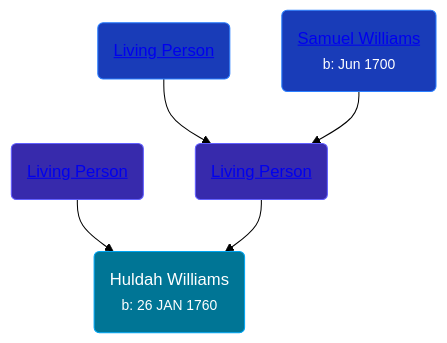
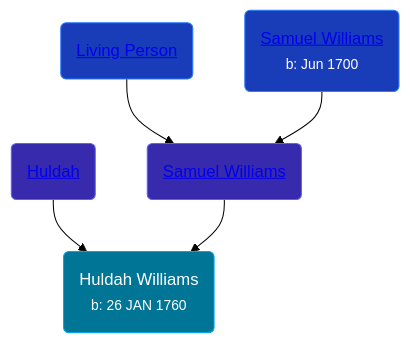
Before and after one commit to wpmgotkh/wpmgotkh.github.io: the diagram in pages/people/2/28699716.md, drawn with Mermaid (forest theme). The commit also changed other lines of this file and 586 other files, not shown here.

Commit message:
feat: better shouldConsiderPersonLiving algo

````diff
--- a/pages/people/2/28699716.md
+++ b/pages/people/2/28699716.md
@@ -10,11 +10,11 @@
 ```mermaid
 graph
 classDef grands fill:#193cb8,stroke:#2b7fff,stroke-width:1px,color:#fff;
 classDef parents fill:#372aac,stroke:#615fff,stroke-width:1px,color:#fff;
 classDef primary fill:#007595,stroke:#00a6f4,stroke-width:1px,color:#fff;
 28699716(Huldah Williams<br /><small>b: 26 JAN 1760</small>):::primary
-62871690(<a class="text-white" href="/people/6/62871690">Living Person</a>):::parents-->28699716
-55971024(<a class="text-white" href="/people/5/55971024">Living Person</a>):::parents-->28699716
+62871690(<a class="text-white" href="/people/6/62871690">Huldah </a>):::parents-->28699716
+55971024(<a class="text-white" href="/people/5/55971024">Samuel Williams</a>):::parents-->28699716
 27215076(<a class="text-white" href="/people/2/27215076">Living Person</a>):::grands-->55971024
 90108080(<a class="text-white" href="/people/9/90108080">Samuel Williams</a><br /><small>b: Jun 1700</small>):::grands-->55971024
 ```
````
